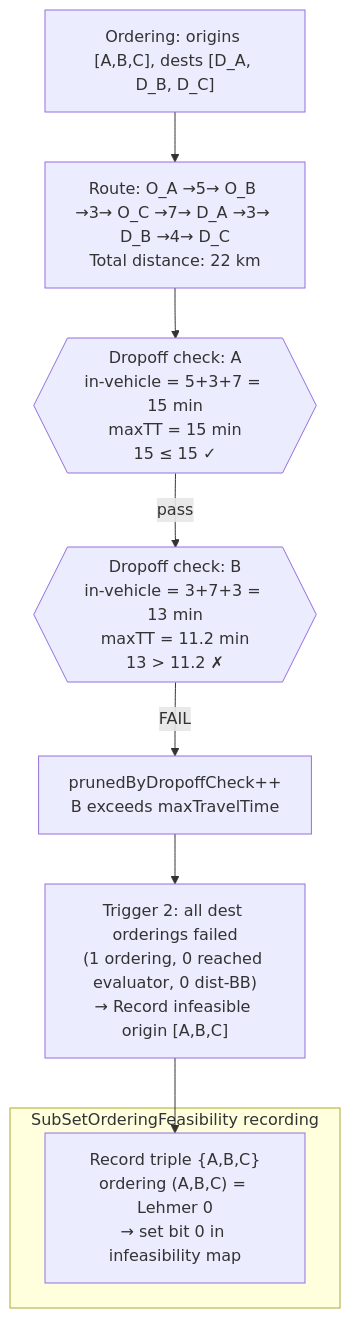
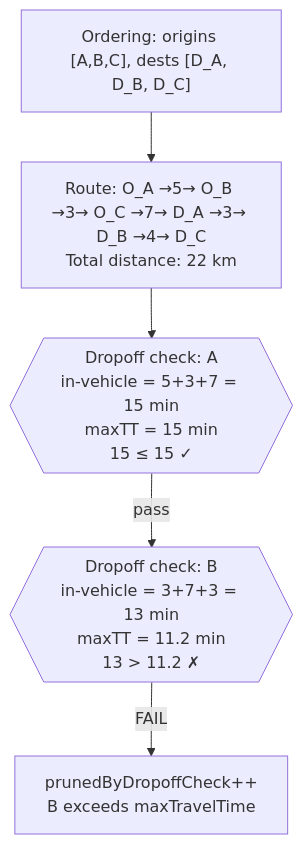
Before and after one commit to Chrigarr9/matsim-libs: diagram 15 of 23 in contribs/drt-demand-extraction/docs/drt-demand-extraction-architecture.md, drawn with Mermaid. The commit also changed other lines of this file, not shown here.

First line of the commit message:
docs: rewrite drt-demand-extraction-architecture.md to current code-truth

````diff
--- a/contribs/drt-demand-extraction/docs/drt-demand-extraction-architecture.md
+++ b/contribs/drt-demand-extraction/docs/drt-demand-extraction-architecture.md
@@ -723,23 +660,13 @@
 ```mermaid
 flowchart TD
     ORD["Ordering: origins [A,B,C], dests [D_A, D_B, D_C]"]
     
     ROUTE["Route: O_A →5→ O_B →3→ O_C →7→ D_A →3→ D_B →4→ D_C<br/>Total distance: 22 km"]
     
     DC_A{{"Dropoff check: A<br/>in-vehicle = 5+3+7 = 15 min<br/>maxTT = 15 min<br/>15 ≤ 15 ✓"}}
     DC_B{{"Dropoff check: B<br/>in-vehicle = 3+7+3 = 13 min<br/>maxTT = 11.2 min<br/>13 > 11.2 ✗"}}
     
     FAIL["prunedByDropoffCheck++<br/>B exceeds maxTravelTime"]
     
     ORD --> ROUTE --> DC_A -->|pass| DC_B -->|"FAIL"| FAIL
-
-    T2["Trigger 2: all dest orderings failed<br/>(1 ordering, 0 reached evaluator, 0 dist-BB)<br/>→ Record infeasible origin [A,B,C]"]
-    
-    FAIL --> T2
-    
-    subgraph "SubSetOrderingFeasibility recording"
-        REC["Record triple {A,B,C}<br/>ordering (A,B,C) = Lehmer 0<br/>→ set bit 0 in infeasibility map"]
-    end
-    
-    T2 --> REC
 ```
````
